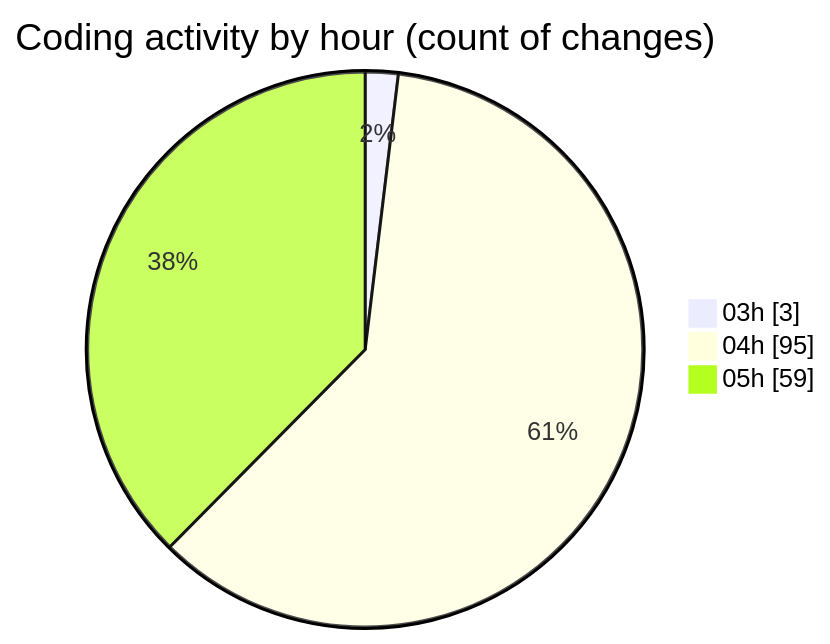
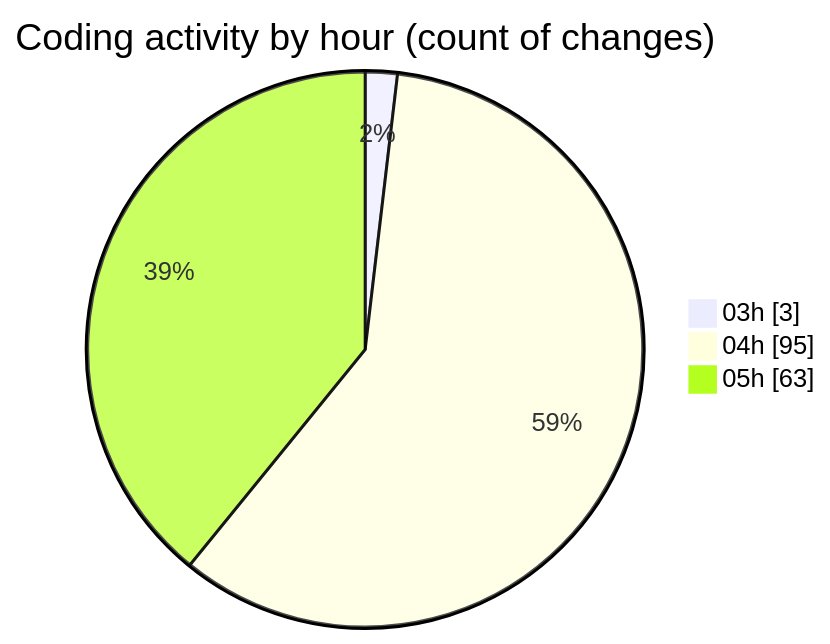
Before and after one commit to ernivani/code-tracking: the second of 2 diagrams in 2025-01-03/tinycms/README.md, drawn with Mermaid. The commit also changed other lines of this file and 2 other files, not shown here.

````diff
--- a/2025-01-03/tinycms/README.md
+++ b/2025-01-03/tinycms/README.md
@@ -58,7 +58,7 @@
 ```mermaid
 pie showData
 title Coding activity by hour (count of changes)
 "03h" : 3
 "04h" : 95
-"05h" : 59
+"05h" : 63
 ```
````
